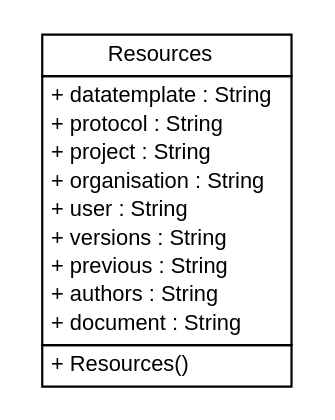
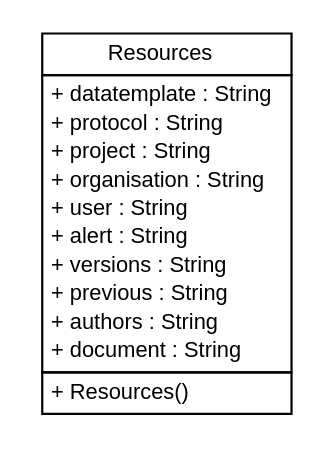
The diagram in apidocs/net/toxbank/client/net.toxbank.client.dot (ToxBank/toxbank-api-beans), drawn with Graphviz before and after one commit. The commit also changed 536 other files, not shown here.

```diff
--- a/apidocs/net/toxbank/client/net.toxbank.client.dot
+++ b/apidocs/net/toxbank/client/net.toxbank.client.dot
@@ -1,30 +1,31 @@
 #!/usr/local/bin/dot
 #
 # Class diagram 
 # Generated by UmlGraph version 4.6 (http://www.spinellis.gr/sw/umlgraph)
 #
 
 digraph G {
 	edge [fontname="arial",fontsize=10,labelfontname="arial",labelfontsize=10];
 	node [fontname="arial",fontsize=10,shape=plaintext];
 	// net.toxbank.client.Resources
-	c50 [label=<<table border="0" cellborder="1" cellspacing="0" cellpadding="2" port="p" href="./Resources.html">
+	c55 [label=<<table border="0" cellborder="1" cellspacing="0" cellpadding="2" port="p" href="./Resources.html">
 		<tr><td><table border="0" cellspacing="0" cellpadding="1">
 			<tr><td> Resources </td></tr>
 		</table></td></tr>
 		<tr><td><table border="0" cellspacing="0" cellpadding="1">
 			<tr><td align="left"> + datatemplate : String </td></tr>
 			<tr><td align="left"> + protocol : String </td></tr>
 			<tr><td align="left"> + project : String </td></tr>
 			<tr><td align="left"> + organisation : String </td></tr>
 			<tr><td align="left"> + user : String </td></tr>
+			<tr><td align="left"> + alert : String </td></tr>
 			<tr><td align="left"> + versions : String </td></tr>
 			<tr><td align="left"> + previous : String </td></tr>
 			<tr><td align="left"> + authors : String </td></tr>
 			<tr><td align="left"> + document : String </td></tr>
 		</table></td></tr>
 		<tr><td><table border="0" cellspacing="0" cellpadding="1">
 			<tr><td align="left"> + Resources() </td></tr>
 		</table></td></tr>
 		</table>>, fontname="arial", fontcolor="black", fontsize=10.0];
 }
```
